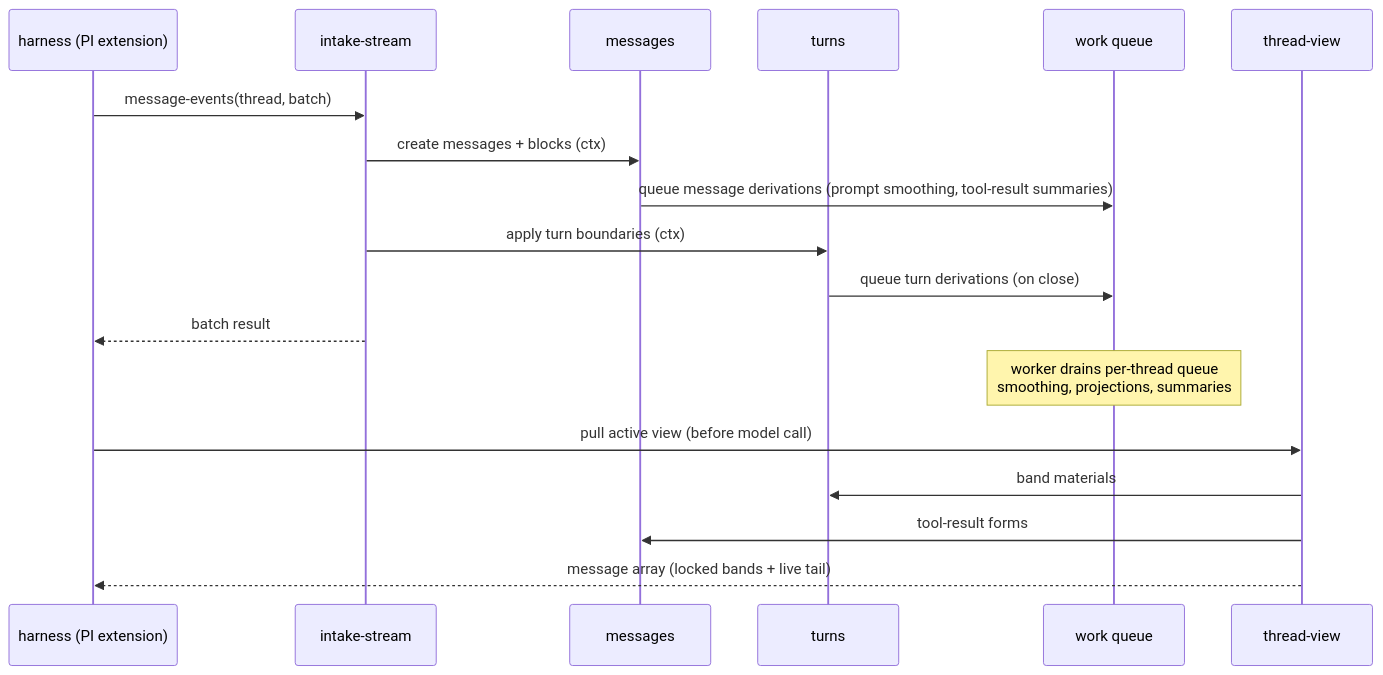
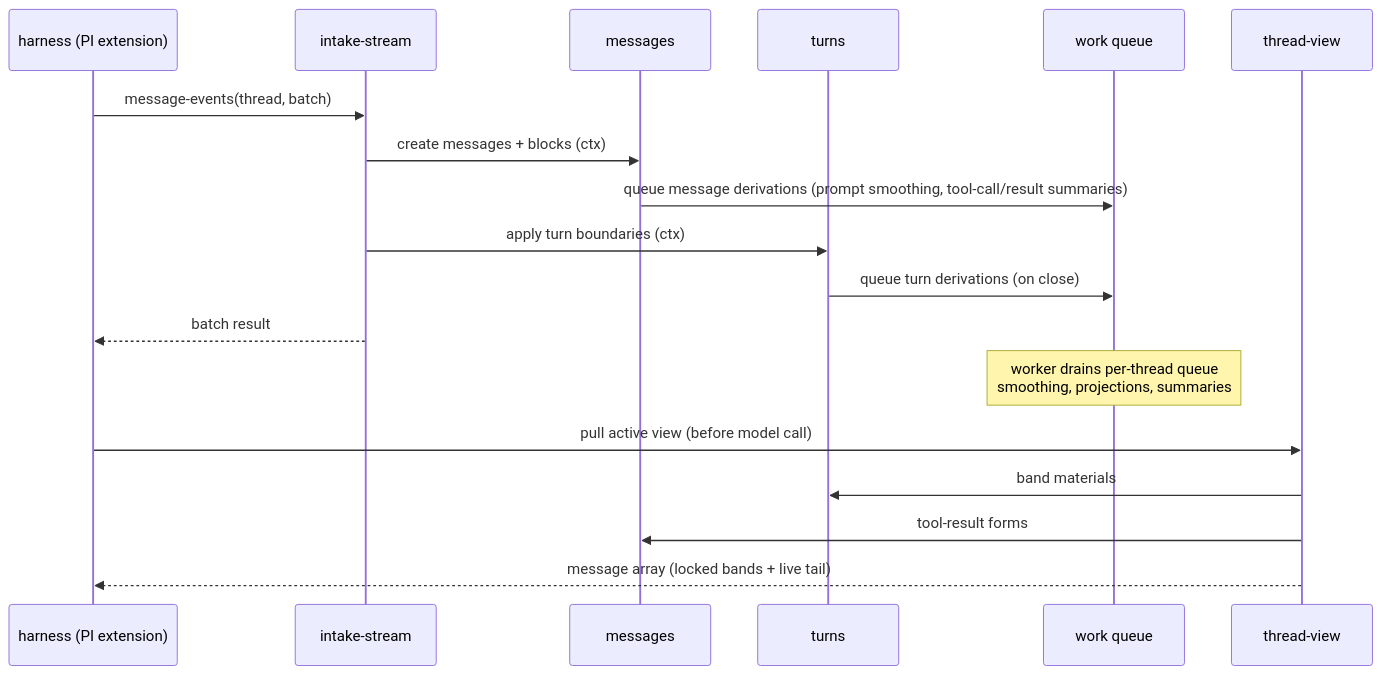
The second of 2 diagrams in packages/lhc/docs/02-specs/01-tech-arch.md (liminal-ai/long-horizon-context), drawn with Mermaid before and after one commit. The commit also changed other lines of this file and 32 other files, not shown here.

````diff
--- a/packages/lhc/docs/02-specs/01-tech-arch.md
+++ b/packages/lhc/docs/02-specs/01-tech-arch.md
@@ -147,21 +147,21 @@
 ```mermaid
 sequenceDiagram
   participant H as harness (PI extension)
   participant IS as intake-stream
   participant MS as messages
   participant TU as turns
   participant DW as work queue
   participant TV as thread-view
 
   H->>IS: message-events(thread, batch)
   IS->>MS: create messages + blocks (ctx)
-  MS->>DW: queue message derivations (prompt smoothing, tool-result summaries)
+  MS->>DW: queue message derivations (prompt smoothing, tool-call/result summaries)
   IS->>TU: apply turn boundaries (ctx)
   TU->>DW: queue turn derivations (on close)
   IS-->>H: batch result
   Note over DW: worker drains per-thread queue<br/>smoothing, projections, summaries
   H->>TV: pull active view (before model call)
   TV->>TU: band materials
   TV->>MS: tool-result forms
   TV-->>H: message array (locked bands + live tail)
 ```
````
